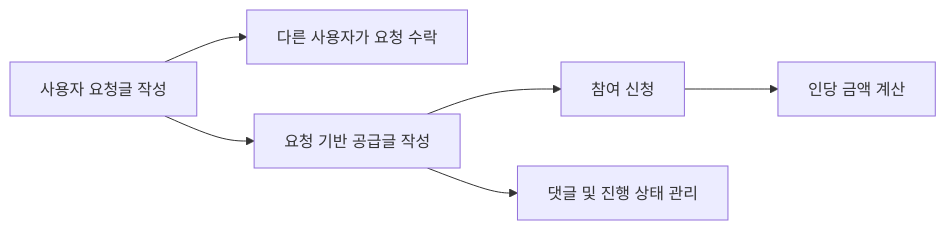
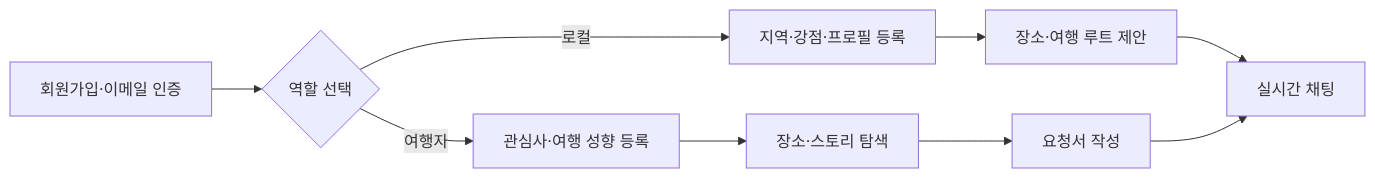
Before and after one commit to younggyu7/13-DEMODAY-BACKEND-TEAM02: the diagram in README.md, drawn with Mermaid. The commit also changed other lines of this file, not shown here.

````diff
--- a/README.md
+++ b/README.md
@@ -61,8 +79,11 @@
 ```mermaid
 flowchart LR
-    A[사용자 요청글 작성] --> B[다른 사용자가 요청 수락]
-    A --> C[요청 기반 공급글 작성]
-    C --> D[참여 신청]
-    D --> E[인당 금액 계산]
-    C --> F[댓글 및 진행 상태 관리]
+    A[회원가입·이메일 인증] --> B{역할 선택}
+    B -->|여행자| C[관심사·여행 성향 등록]
+    B -->|로컬| D[지역·강점·프로필 등록]
+    C --> E[장소·스토리 탐색]
+    D --> F[장소·여행 루트 제안]
+    E --> G[요청서 작성]
+    F --> H[실시간 채팅]
+    G --> H
 ```
````
